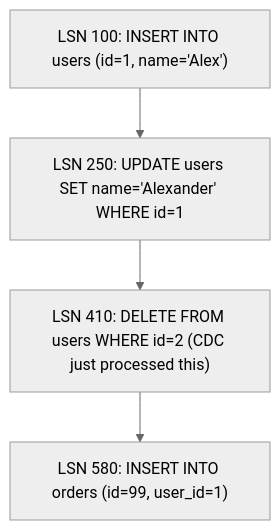
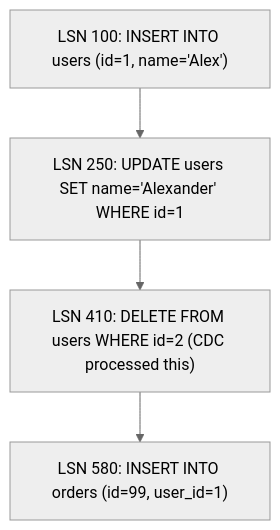
Before and after one commit to Chandra179/atlas: the fifth of 8 diagrams in blog/astro/src/content/docs/change-data-capture.md, drawn with Mermaid (neutral theme). The commit also changed other lines of this file and 27 other files, not shown here.

````diff
--- a/blog/astro/src/content/docs/change-data-capture.md
+++ b/blog/astro/src/content/docs/change-data-capture.md
@@ -120,8 +120,8 @@
 ```mermaid
 flowchart TD
   L100["LSN 100: INSERT INTO users (id=1, name='Alex')"]
   L250["LSN 250: UPDATE users SET name='Alexander' WHERE id=1"]
-  L410["LSN 410: DELETE FROM users WHERE id=2 (CDC just processed this)"]
+  L410["LSN 410: DELETE FROM users WHERE id=2 (CDC processed this)"]
   L580["LSN 580: INSERT INTO orders (id=99, user_id=1)"]
   L100 --> L250 --> L410 --> L580
 ```
````
